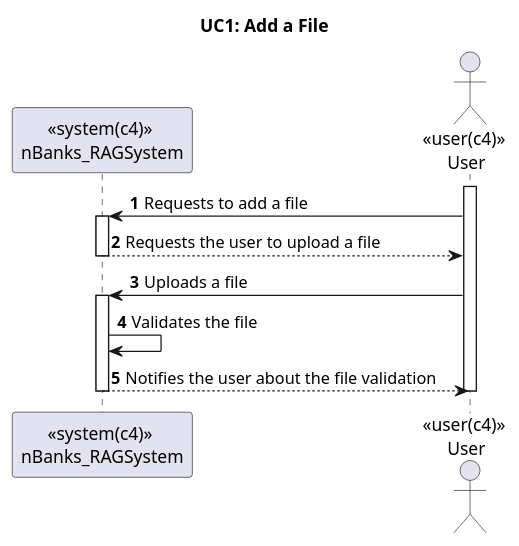
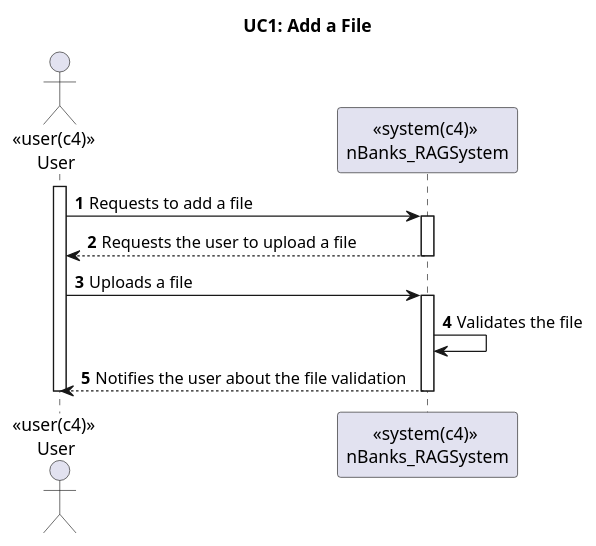
Before and after one commit to Ana6363/RAGSystem_Wiki: the diagram in UC1/Level1.puml, drawn with PlantUML. The commit also changed other lines of this file and 1 other file, not shown here.

```diff
--- a/UC1/Level1.puml
+++ b/UC1/Level1.puml
@@ -1,23 +1,23 @@
 @startuml
 
 title UC1: Add a File
 
 
 autonumber
 
+actor "<<user(c4)>> \nUser" as user
 participant "<<system(c4)>> \nnBanks_RAGSystem" as sys
-actor "<<user(c4)>> \nUser" as user
 
 activate user
 user -> sys : Requests to add a file
 activate sys
 sys --> user: Requests the user to upload a file
 deactivate sys
 user -> sys : Uploads a file
 activate sys
 sys -> sys : Validates the file
 sys --> user: Notifies the user about the file validation
 deactivate sys
 deactivate user
 
 @enduml
```
